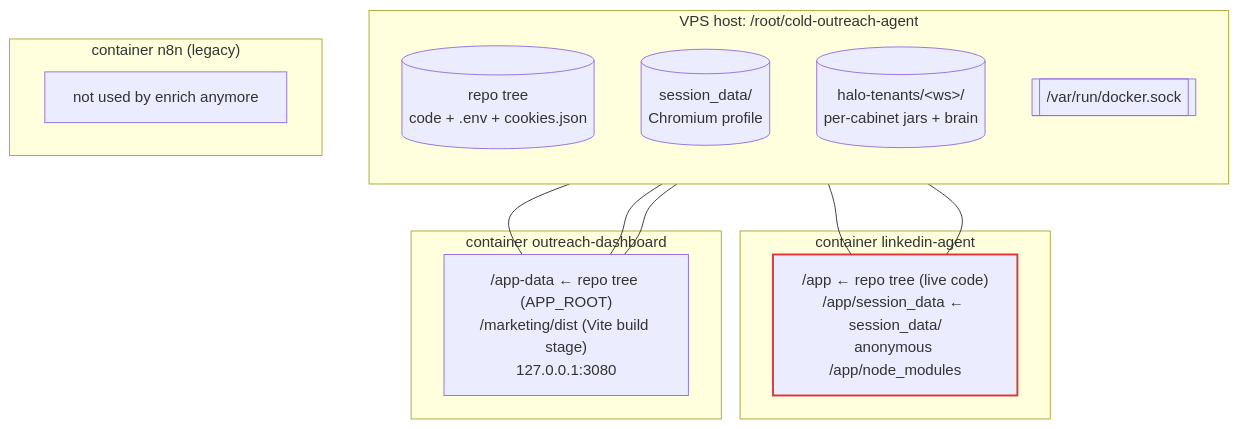
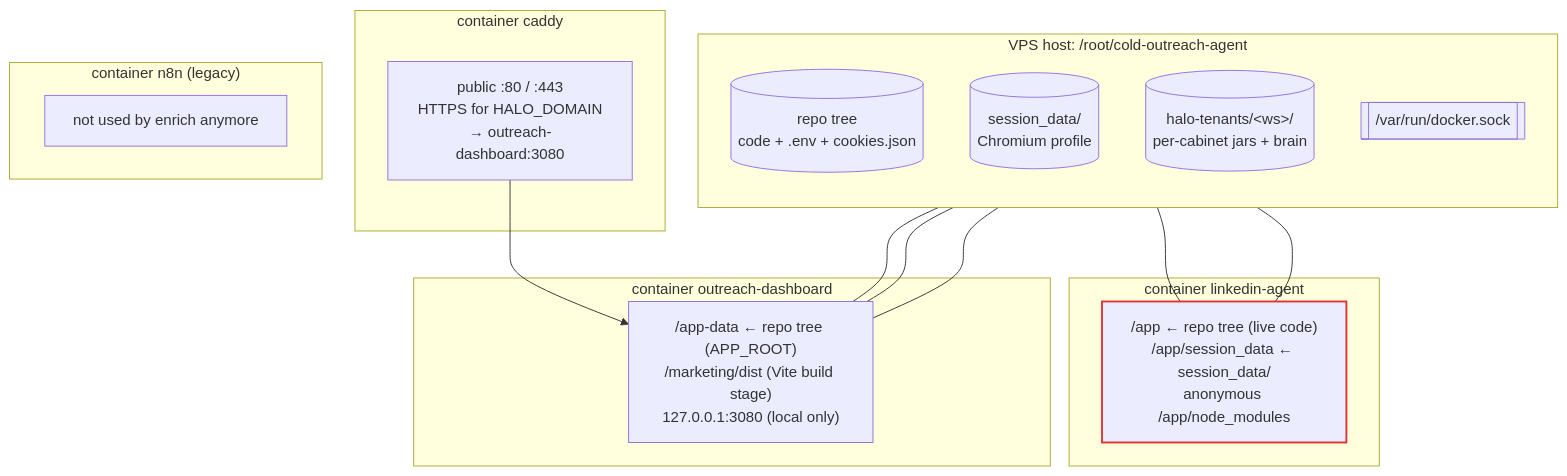
The second of 3 diagrams in docs/architecture/README.md (waffiman/H.A.L.O.), drawn with Mermaid before and after one commit. The commit also changed 58 other files, not shown here.

````diff
--- a/docs/architecture/README.md
+++ b/docs/architecture/README.md
@@ -73,28 +73,32 @@
 ```mermaid
 flowchart TB
   classDef li stroke:#d33,stroke-width:2px
 
   subgraph Host["VPS host: /root/cold-outreach-agent"]
     direction TB
     Tree[("repo tree<br/>code + .env + cookies.json")]
     SD[("session_data/<br/>Chromium profile")]
     Tenants[("halo-tenants/&lt;ws&gt;/<br/>per-cabinet jars + brain")]
     Sock[["/var/run/docker.sock"]]
   end
 
   subgraph C1["container linkedin-agent"]
     A["/app ← repo tree (live code)<br/>/app/session_data ← session_data/<br/>anonymous /app/node_modules"]:::li
   end
   subgraph C2["container outreach-dashboard"]
-    D["/app-data ← repo tree (APP_ROOT)<br/>/marketing/dist (Vite build stage)<br/>127.0.0.1:3080"]
+    D["/app-data ← repo tree (APP_ROOT)<br/>/marketing/dist (Vite build stage)<br/>127.0.0.1:3080 (local only)"]
+  end
+  subgraph C4["container caddy"]
+    Cd["public :80 / :443<br/>HTTPS for HALO_DOMAIN<br/>→ outreach-dashboard:3080"]
   end
   subgraph C3["container n8n (legacy)"]
     N["not used by enrich anymore"]
   end
 
   Tree --- A
   SD --- A
   Tree --- D
   Tenants --- D
   Sock --- D
+  Cd --> D
 ```
````
